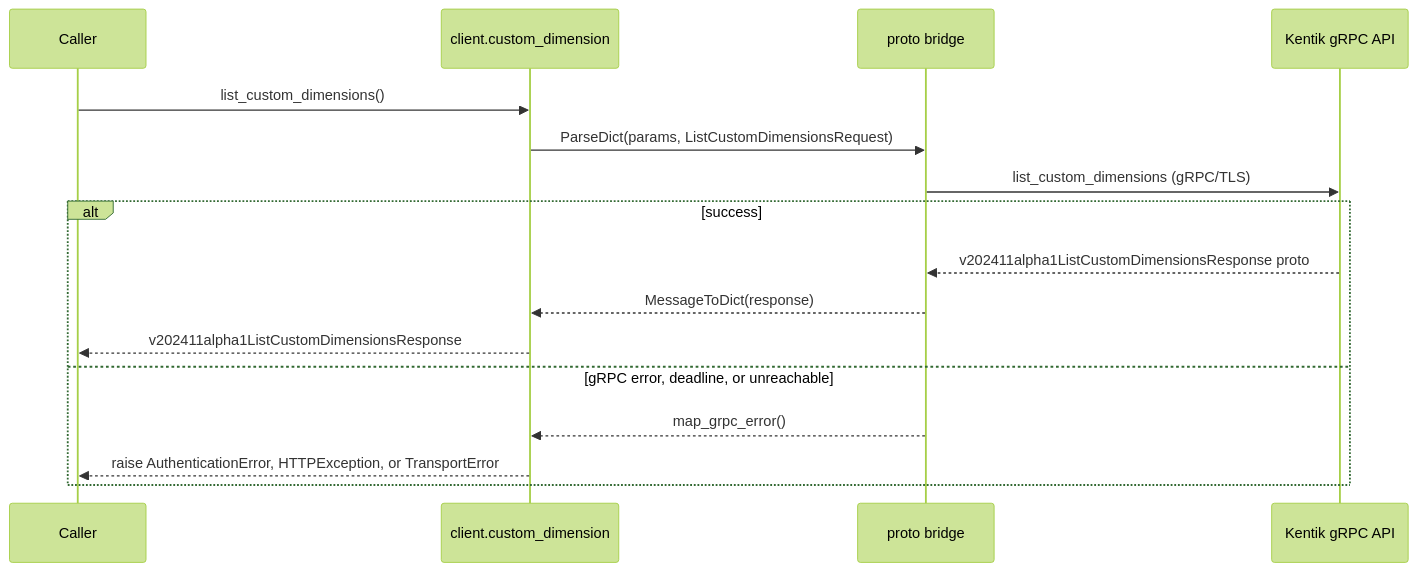
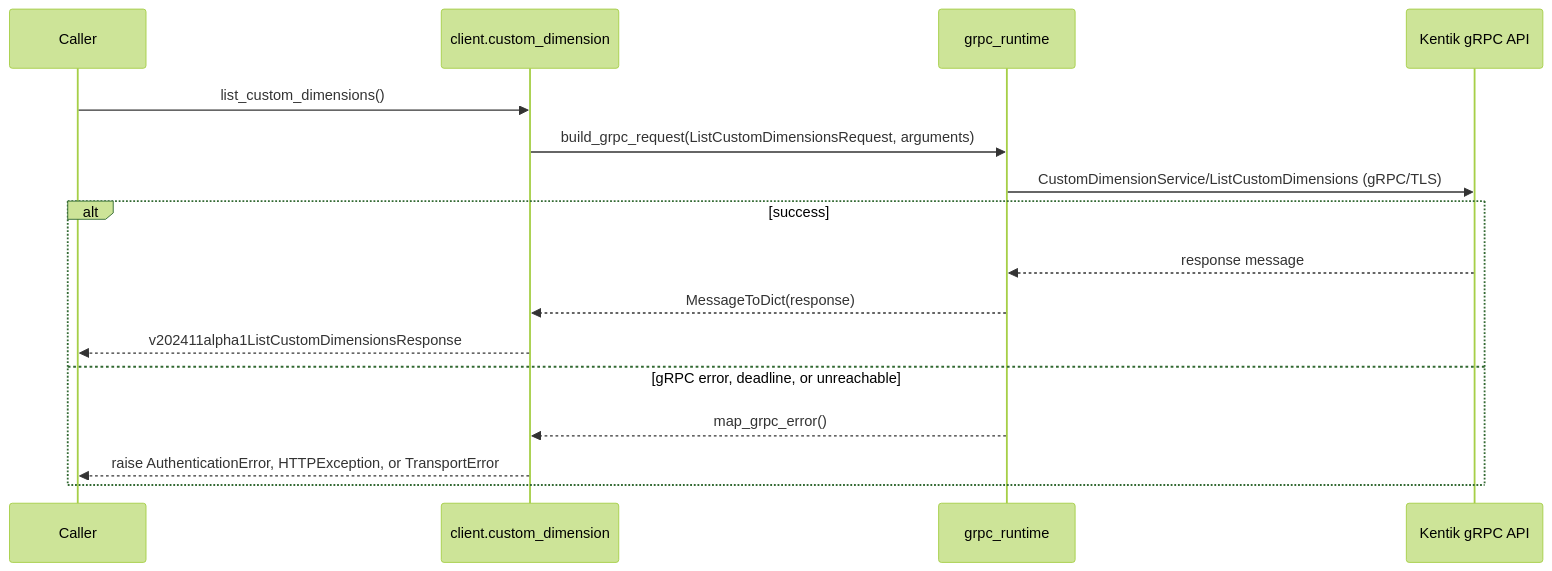
The third of 22 diagrams in docs/sphinx/services/custom_dimension.md (alexdearaujo/community_sdk_python), drawn with Mermaid (forest theme) before and after one commit. The commit also changed other lines of this file and 37 other files, not shown here.

First line of the commit message:
docs: show the real RPC in each service page's gRPC diagram

````diff
--- a/docs/sphinx/services/custom_dimension.md
+++ b/docs/sphinx/services/custom_dimension.md
@@ -59,19 +59,19 @@
 ```mermaid
 sequenceDiagram
     participant C as Caller
     participant W as client.custom_dimension
-    participant B as proto bridge
+    participant R as grpc_runtime
     participant API as Kentik gRPC API
 
     C->>W: list_custom_dimensions()
-    W->>B: ParseDict(params, ListCustomDimensionsRequest)
-    B->>API: list_custom_dimensions (gRPC/TLS)
+    W->>R: build_grpc_request(ListCustomDimensionsRequest, arguments)
+    R->>API: CustomDimensionService/ListCustomDimensions (gRPC/TLS)
     alt success
-        API-->>B: v202411alpha1ListCustomDimensionsResponse proto
-        B-->>W: MessageToDict(response)
+        API-->>R: response message
+        R-->>W: MessageToDict(response)
         W-->>C: v202411alpha1ListCustomDimensionsResponse
     else gRPC error, deadline, or unreachable
-        B-->>W: map_grpc_error()
+        R-->>W: map_grpc_error()
         W-->>C: raise AuthenticationError, HTTPException, or TransportError
     end
 ```
````
